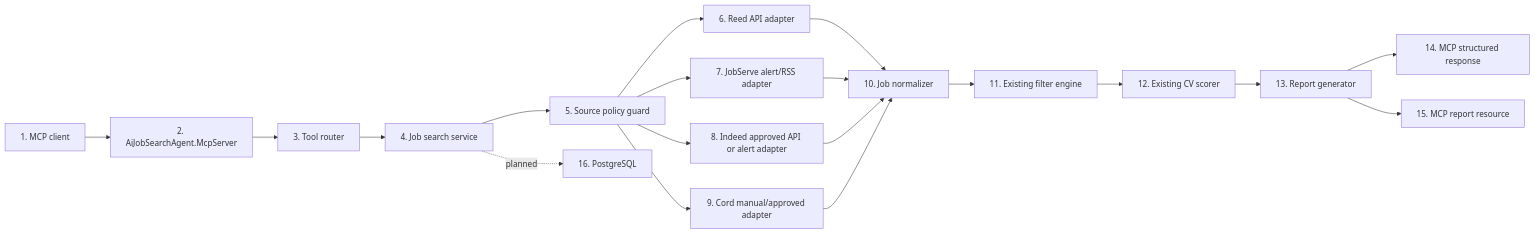
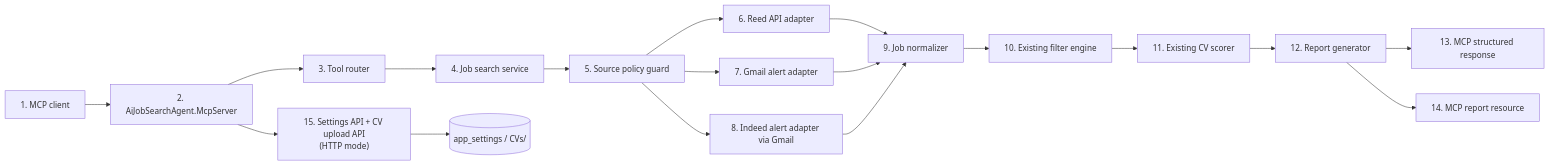
One commit to ekanatha-urivakili/AiJobSearchAgent changed the first of 5 diagrams in docs/mcp-job-sites-integration-plan.md. Above: the diagram before and after it, drawn with Mermaid. The commit also changed other lines of this file and 19 other files, not shown here.

````diff
--- a/docs/mcp-job-sites-integration-plan.md
+++ b/docs/mcp-job-sites-integration-plan.md
@@ -45,24 +43,23 @@
 ```mermaid
 flowchart LR
     A["1. MCP client"] --> B["2. AiJobSearchAgent.McpServer"]
     B --> C["3. Tool router"]
     C --> D["4. Job search service"]
     D --> E["5. Source policy guard"]
     E --> F["6. Reed API adapter"]
-    E --> G["7. JobServe alert/RSS adapter"]
-    E --> H["8. Indeed approved API or alert adapter"]
-    E --> I["9. Cord manual/approved adapter"]
+    E --> G["7. Gmail alert adapter"]
+    E --> H["8. Indeed alert adapter via Gmail"]
 
-    F --> J["10. Job normalizer"]
+    F --> J["9. Job normalizer"]
     G --> J
     H --> J
-    I --> J
 
-    J --> K["11. Existing filter engine"]
-    K --> L["12. Existing CV scorer"]
-    L --> M["13. Report generator"]
-    M --> N["14. MCP structured response"]
-    M --> O["15. MCP report resource"]
+    J --> K["10. Existing filter engine"]
+    K --> L["11. Existing CV scorer"]
+    L --> M["12. Report generator"]
+    M --> N["13. MCP structured response"]
+    M --> O["14. MCP report resource"]
 
-    D -. planned .-> P["16. PostgreSQL"]
+    B --> P["15. Settings API + CV upload API\n(HTTP mode)"]
+    P --> Q[("app_settings / CVs/")]
 ```
````
